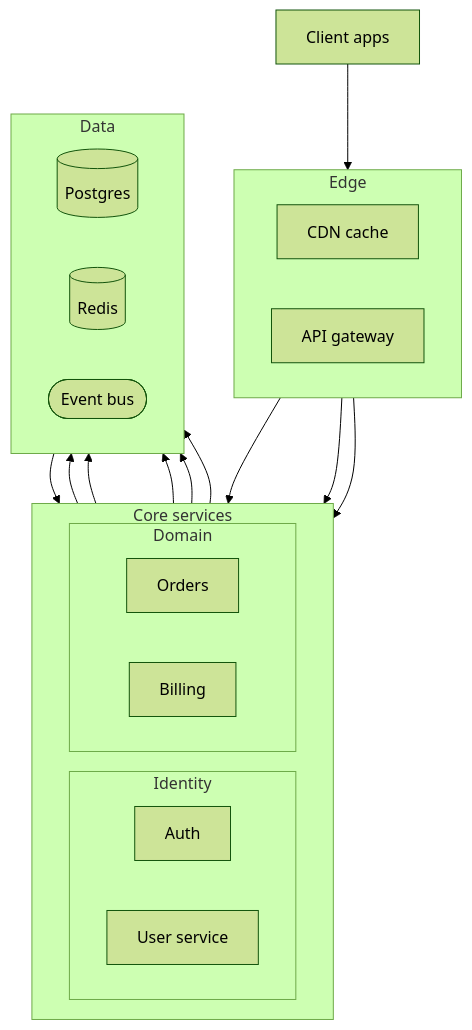
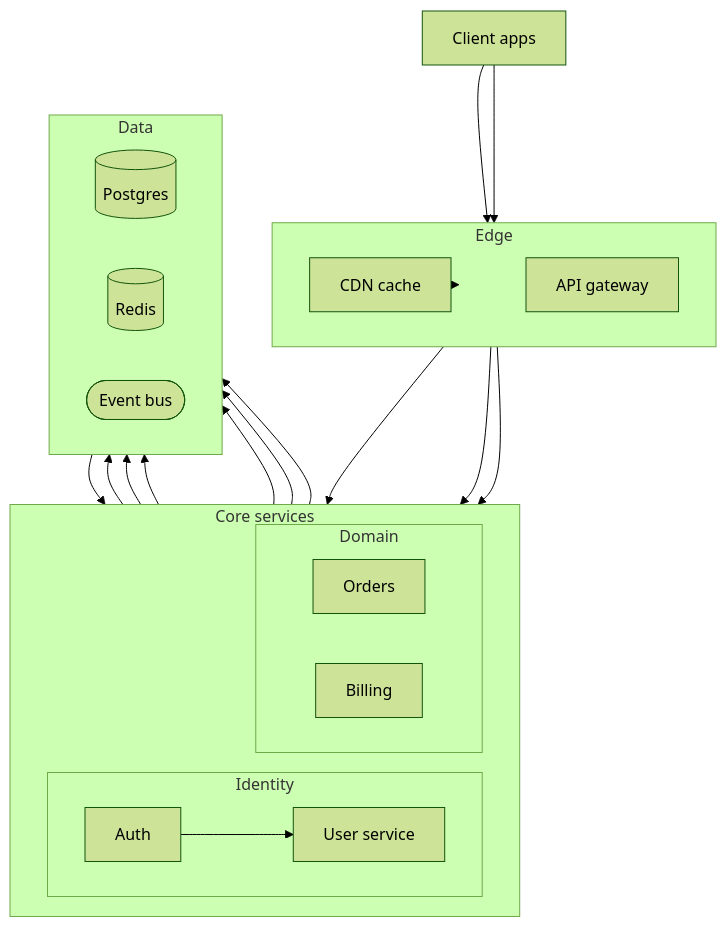
One commit to Weidows/neomermaid changed the diagram in examples/service-architecture.mmd. Above: the diagram before and after it, drawn with Mermaid (forest theme). The commit also changed 13 other files, not shown here.

```diff
--- a/examples/service-architecture.mmd
+++ b/examples/service-architecture.mmd
@@ -1,39 +1,43 @@
 %% Service topology — Nested subgraphs standing in for layers of an architecture.
 %% preset hint: nested subgraphs, edges to subgraphs
 flowchart TB
-  client["Client apps"] --> edge
+  client["Client apps"] --> cdn
+  client --> gw
 
   subgraph edge["Edge"]
     direction LR
     cdn["CDN cache"]
     gw["API gateway"]
   end
 
   subgraph core["Core services"]
     direction LR
     subgraph identity["Identity"]
       auth["Auth"]
       users["User service"]
     end
     subgraph domain["Domain"]
       orders["Orders"]
       billing["Billing"]
     end
   end
 
   subgraph data["Data"]
     direction LR
     pg[("Postgres")]
     redis[("Redis")]
     queue(["Event bus"])
   end
 
+  cdn --> edge
   edge --> core
   core --> data
   gw --> auth
+  auth --> users
   gw --> orders
   orders --> queue
   queue --> billing
   orders --> pg
   auth --> redis
   billing --> pg
+  users --> pg
```
